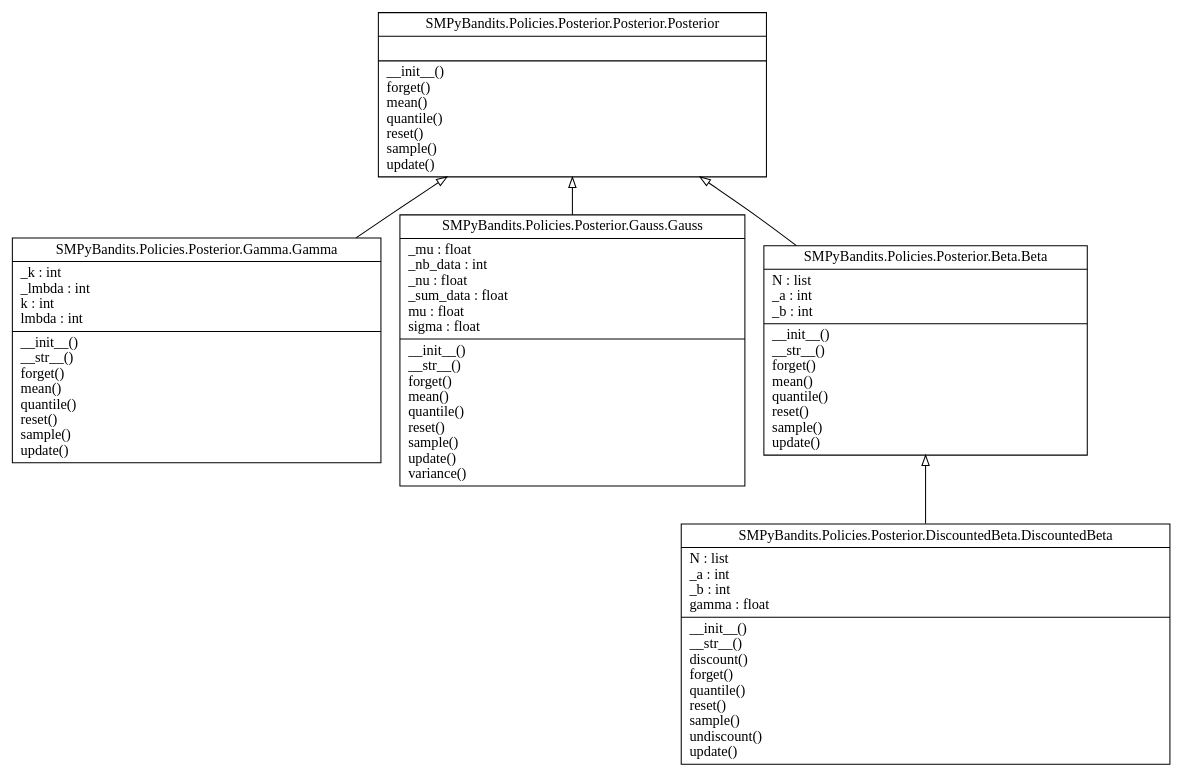
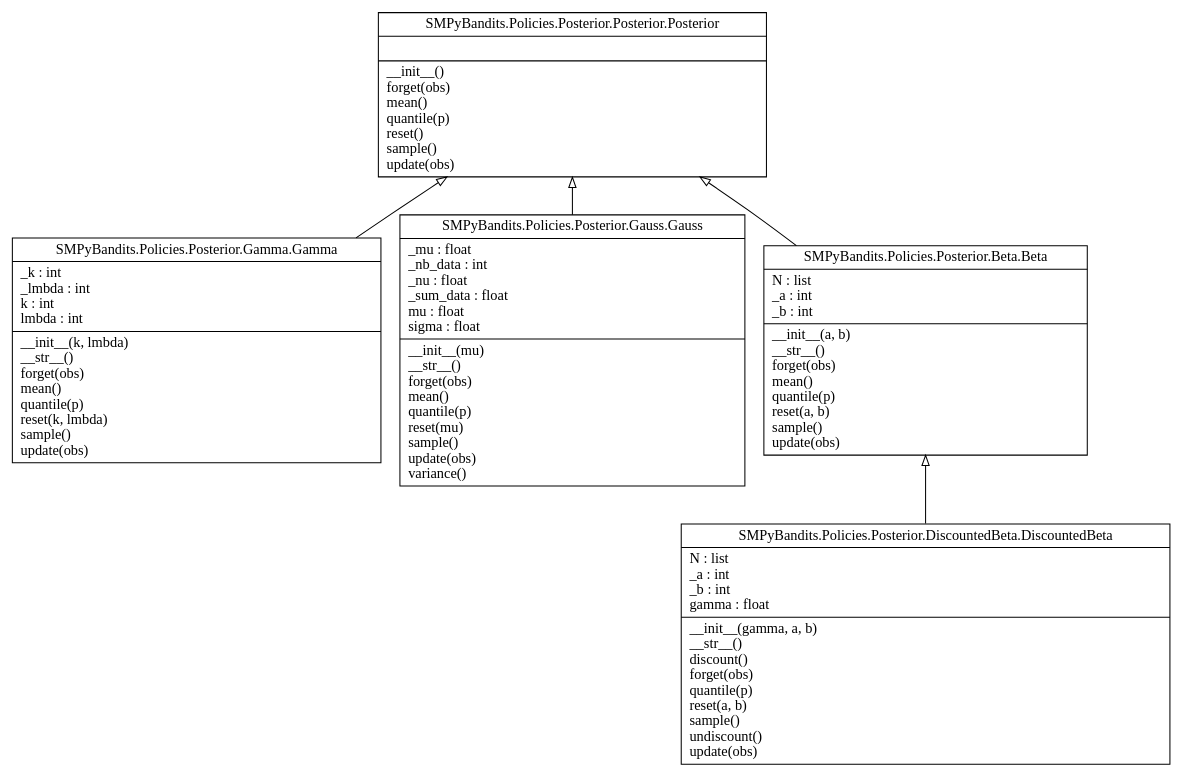
Before and after one commit to SMPyBandits/SMPyBandits: the diagram in uml_diagrams/classes_SMPyBandits.Policies.Posterior.dot, drawn with Graphviz. The commit also changed 23 other files, not shown here.

```diff
--- a/uml_diagrams/classes_SMPyBandits.Policies.Posterior.dot
+++ b/uml_diagrams/classes_SMPyBandits.Policies.Posterior.dot
@@ -1,13 +1,13 @@
 digraph "classes_SMPyBandits.Policies.Posterior" {
 charset="utf-8"
 rankdir=BT
-"0" [label="{SMPyBandits.Policies.Posterior.Beta.Beta|N : list\l_a : int\l_b : int\l|__init__()\l__str__()\lforget()\lmean()\lquantile()\lreset()\lsample()\lupdate()\l}", shape="record"];
-"1" [label="{SMPyBandits.Policies.Posterior.DiscountedBeta.DiscountedBeta|N : list\l_a : int\l_b : int\lgamma : float\l|__init__()\l__str__()\ldiscount()\lforget()\lquantile()\lreset()\lsample()\lundiscount()\lupdate()\l}", shape="record"];
-"2" [label="{SMPyBandits.Policies.Posterior.Gamma.Gamma|_k : int\l_lmbda : int\lk : int\llmbda : int\l|__init__()\l__str__()\lforget()\lmean()\lquantile()\lreset()\lsample()\lupdate()\l}", shape="record"];
-"3" [label="{SMPyBandits.Policies.Posterior.Gauss.Gauss|_mu : float\l_nb_data : int\l_nu : float\l_sum_data : float\lmu : float\lsigma : float\l|__init__()\l__str__()\lforget()\lmean()\lquantile()\lreset()\lsample()\lupdate()\lvariance()\l}", shape="record"];
-"4" [label="{SMPyBandits.Policies.Posterior.Posterior.Posterior|\l|__init__()\lforget()\lmean()\lquantile()\lreset()\lsample()\lupdate()\l}", shape="record"];
+"0" [label="{SMPyBandits.Policies.Posterior.Beta.Beta|N : list\l_a : int\l_b : int\l|__init__(a, b)\l__str__()\lforget(obs)\lmean()\lquantile(p)\lreset(a, b)\lsample()\lupdate(obs)\l}", shape="record"];
+"1" [label="{SMPyBandits.Policies.Posterior.DiscountedBeta.DiscountedBeta|N : list\l_a : int\l_b : int\lgamma : float\l|__init__(gamma, a, b)\l__str__()\ldiscount()\lforget(obs)\lquantile(p)\lreset(a, b)\lsample()\lundiscount()\lupdate(obs)\l}", shape="record"];
+"2" [label="{SMPyBandits.Policies.Posterior.Gamma.Gamma|_k : int\l_lmbda : int\lk : int\llmbda : int\l|__init__(k, lmbda)\l__str__()\lforget(obs)\lmean()\lquantile(p)\lreset(k, lmbda)\lsample()\lupdate(obs)\l}", shape="record"];
+"3" [label="{SMPyBandits.Policies.Posterior.Gauss.Gauss|_mu : float\l_nb_data : int\l_nu : float\l_sum_data : float\lmu : float\lsigma : float\l|__init__(mu)\l__str__()\lforget(obs)\lmean()\lquantile(p)\lreset(mu)\lsample()\lupdate(obs)\lvariance()\l}", shape="record"];
+"4" [label="{SMPyBandits.Policies.Posterior.Posterior.Posterior|\l|__init__()\lforget(obs)\lmean()\lquantile(p)\lreset()\lsample()\lupdate(obs)\l}", shape="record"];
 "0" -> "4" [arrowhead="empty", arrowtail="none"];
 "1" -> "0" [arrowhead="empty", arrowtail="none"];
 "2" -> "4" [arrowhead="empty", arrowtail="none"];
 "3" -> "4" [arrowhead="empty", arrowtail="none"];
 }
```
